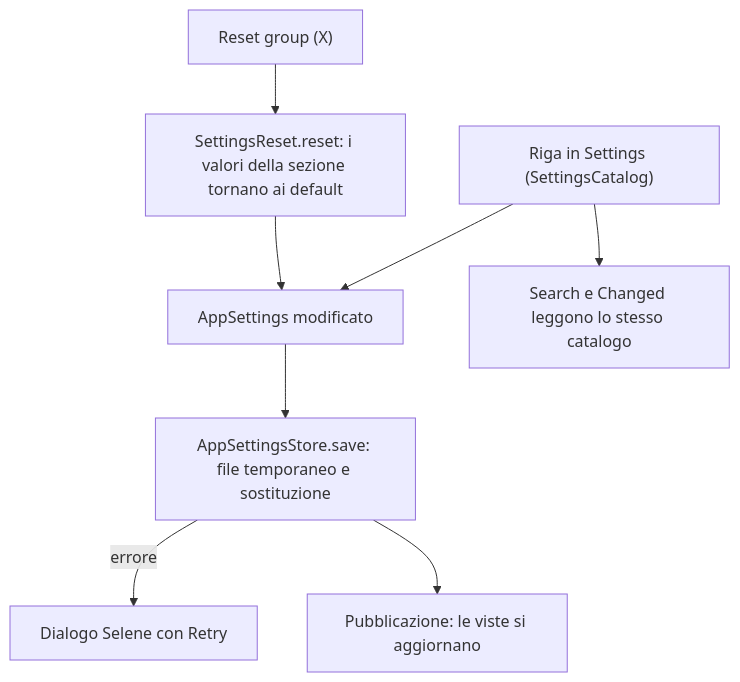
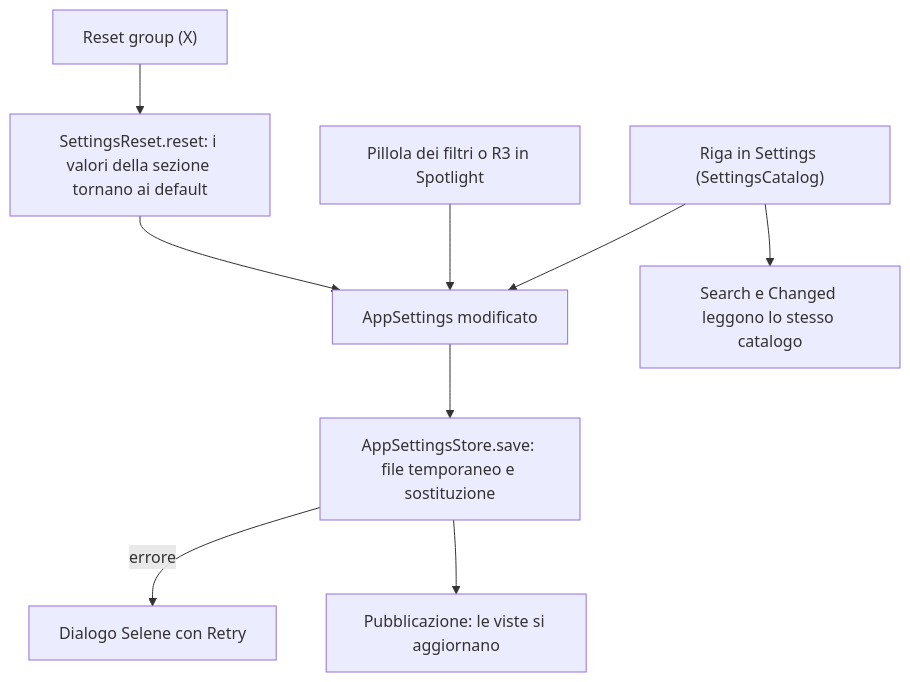
The eighth of 9 diagrams in docs/how-it-works/flows.md (sofianbll/NxLibrary), drawn with Mermaid before and after one commit. The commit also changed other lines of this file and 23 other files, not shown here.

````diff
--- a/docs/how-it-works/flows.md
+++ b/docs/how-it-works/flows.md
@@ -219,10 +222,11 @@
 ```mermaid
 flowchart TD
     A["Riga in Settings (SettingsCatalog)"] --> B["AppSettings modificato"]
+    H["Pillola dei filtri o R3 in Spotlight"] --> B
     B --> C["AppSettingsStore.save: file temporaneo e sostituzione"]
     C -->|"errore"| X["Dialogo Selene con Retry"]
     C --> D["Pubblicazione: le viste si aggiornano"]
     A --> E["Search e Changed leggono lo stesso catalogo"]
     F["Reset group (X)"] --> G["SettingsReset.reset: i valori della sezione tornano ai default"]
     G --> B
 ```
````
